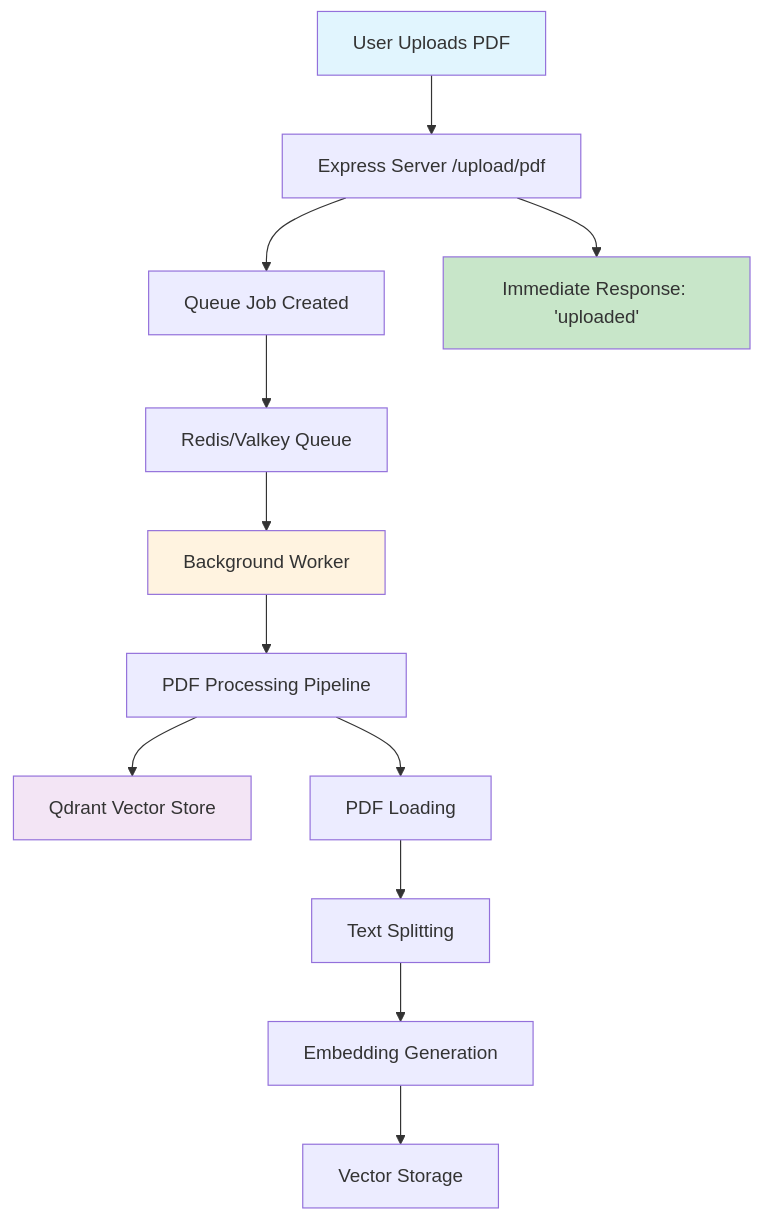
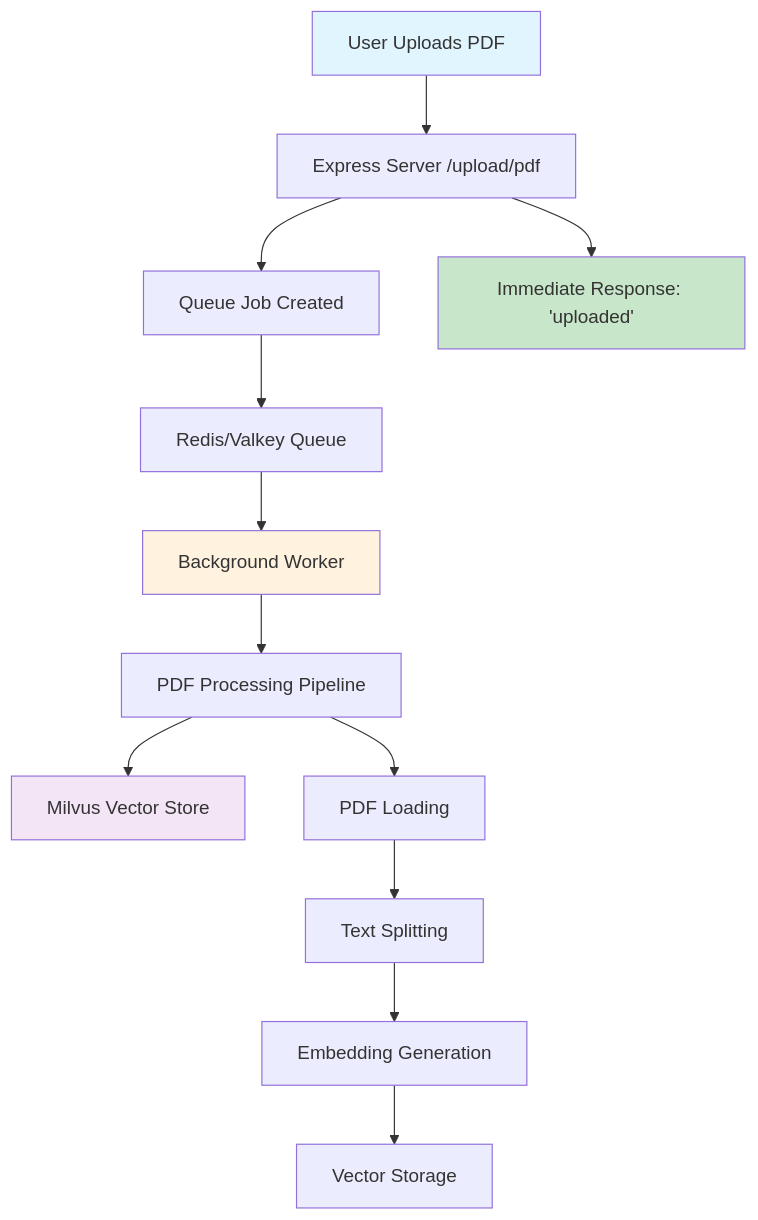
Before and after one commit to bablukpik/pdf-chatbot-backend: the diagram in docs/queue.md, drawn with Mermaid. The commit also changed other lines of this file and 3 other files, not shown here.

````diff
--- a/docs/queue.md
+++ b/docs/queue.md
@@ -19,20 +19,20 @@
 ```mermaid
 graph TD
     A[User Uploads PDF] --> B[Express Server /upload/pdf]
     B --> C[Queue Job Created]
     C --> D[Redis/Valkey Queue]
     D --> E[Background Worker]
     E --> F[PDF Processing Pipeline]
-    F --> G[Qdrant Vector Store]
+    F --> G[Milvus Vector Store]
     B --> H[Immediate Response: 'uploaded']
 
     F --> F1[PDF Loading]
     F1 --> F2[Text Splitting]
     F2 --> F3[Embedding Generation]
     F3 --> F4[Vector Storage]
 
     style A fill:#e1f5fe
     style H fill:#c8e6c9
     style E fill:#fff3e0
     style G fill:#f3e5f5
 ```
````
